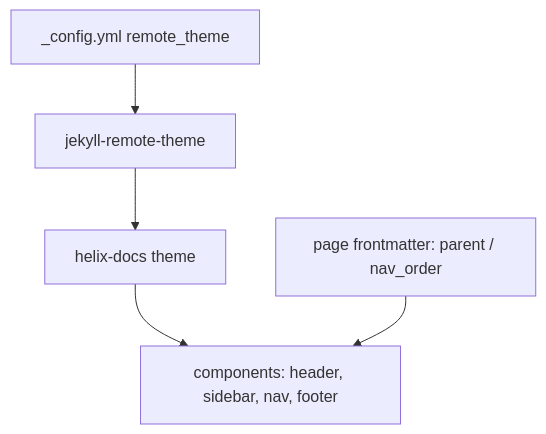
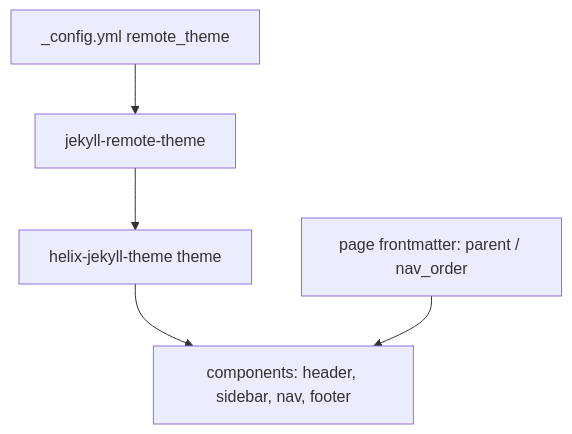
The diagram in .agents/skills/gfm-content.md (HELIX-Origin/agents), drawn with Mermaid before and after one commit. The commit also changed other lines of this file and 78 other files, not shown here.

````diff
--- a/.agents/skills/gfm-content.md
+++ b/.agents/skills/gfm-content.md
@@ -50,7 +50,7 @@
 ```mermaid
 flowchart TB
     site[_config.yml remote_theme] --> plugin[jekyll-remote-theme]
-    plugin --> theme[helix-docs theme]
+    plugin --> theme[helix-jekyll-theme theme]
     theme --> inc[components: header, sidebar, nav, footer]
     frontmatter[page frontmatter: parent / nav_order] --> inc
 ```
````
